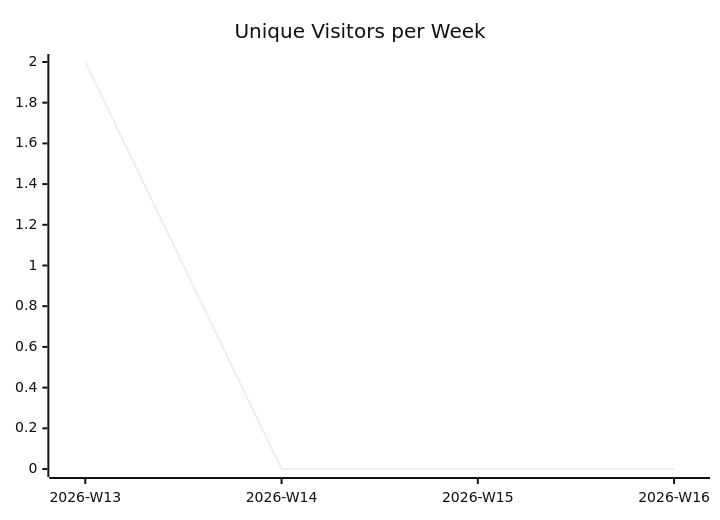
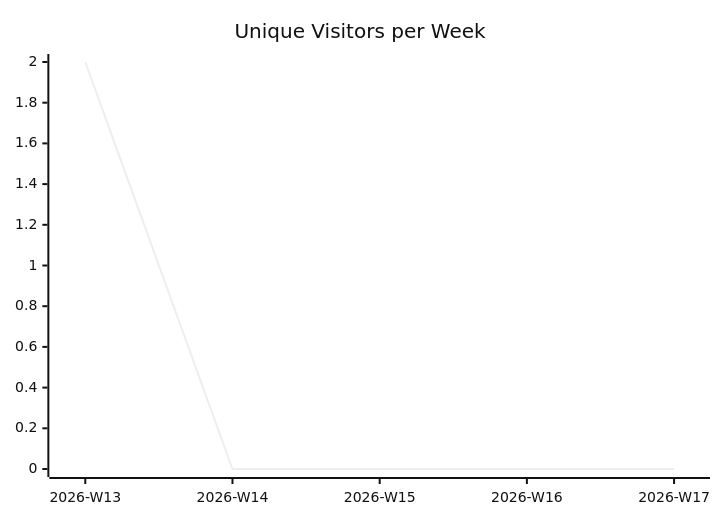
Before and after one commit to justdavis-family/github-analytics-data: the first of 3 diagrams in karlmdavis/kxml2/README.md, drawn with Mermaid (neutral theme). The commit also changed other lines of this file and 192 other files, not shown here.

````diff
--- a/karlmdavis/kxml2/README.md
+++ b/karlmdavis/kxml2/README.md
@@ -5,6 +5,6 @@
 ```mermaid
 xychart-beta
   title "Unique Visitors per Week"
-  x-axis ["2026-W13", "2026-W14", "2026-W15", "2026-W16"]
-  line [2, 0, 0, 0]
+  x-axis ["2026-W13", "2026-W14", "2026-W15", "2026-W16", "2026-W17"]
+  line [2, 0, 0, 0, 0]
 ```
````
